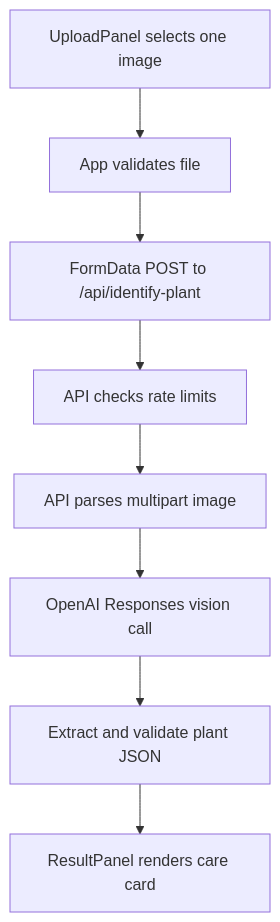
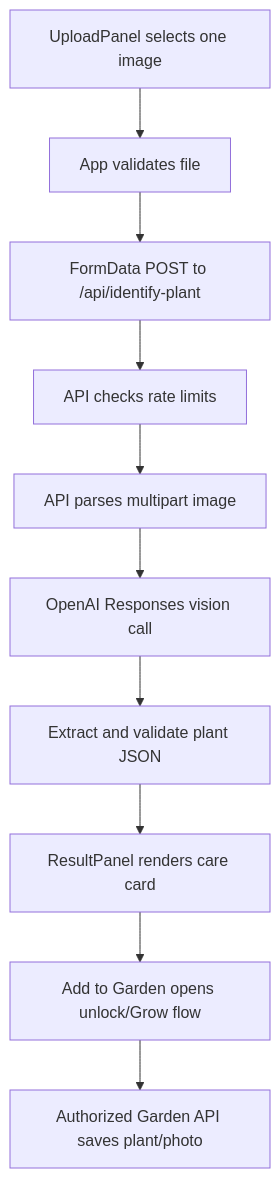
One commit to gavinnesom/plant-care-app changed the diagram in CODEMAP.md. Above: the diagram before and after it, drawn with Mermaid. The commit also changed other lines of this file and 21 other files, not shown here.

````diff
--- a/CODEMAP.md
+++ b/CODEMAP.md
@@ -14,10 +14,12 @@
 ```mermaid
 flowchart TD
   A[UploadPanel selects one image] --> B[App validates file]
   B --> C[FormData POST to /api/identify-plant]
   C --> D[API checks rate limits]
   D --> E[API parses multipart image]
   E --> F[OpenAI Responses vision call]
   F --> G[Extract and validate plant JSON]
   G --> H[ResultPanel renders care card]
+  H --> I[Add to Garden opens unlock/Grow flow]
+  I --> J[Authorized Garden API saves plant/photo]
 ```
````
